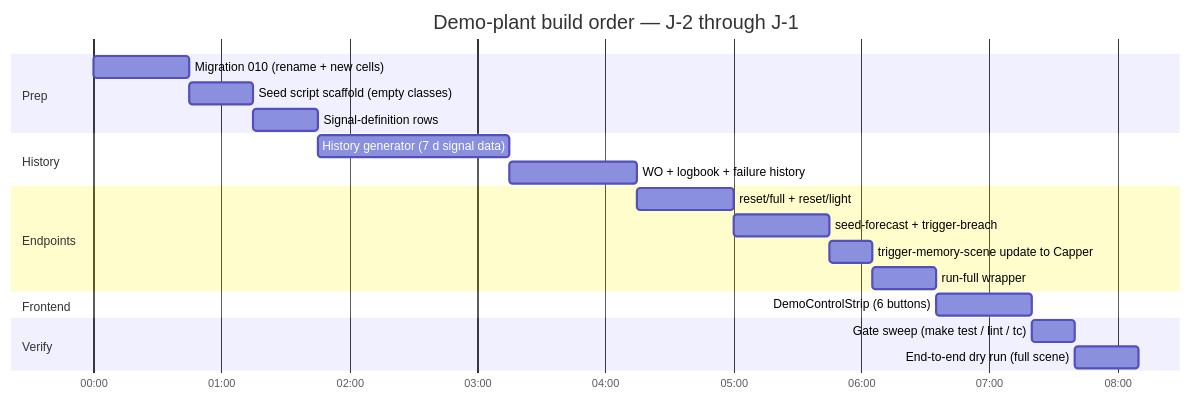
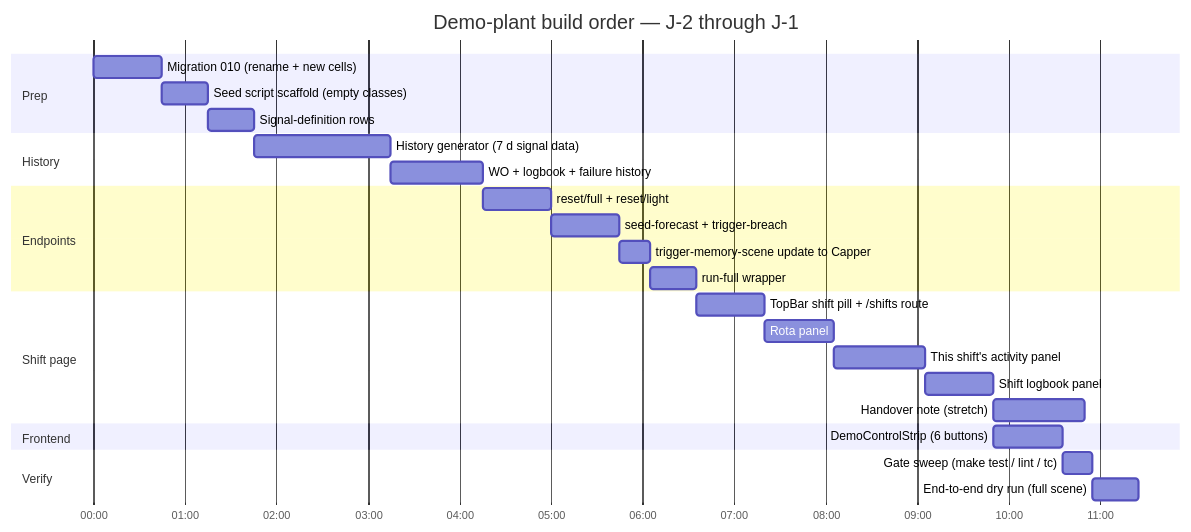
Before and after one commit to zestones/Aria: the third of 3 diagrams in docs/planning/M9-polish-e2e/demo-plant-design.md, drawn with Mermaid. The commit also changed other lines of this file, not shown here.

Commit message:
feat: add Shift page for improved operator context and logbook visibility

````diff
--- a/docs/planning/M9-polish-e2e/demo-plant-design.md
+++ b/docs/planning/M9-polish-e2e/demo-plant-design.md
@@ -320,23 +398,29 @@
 ```mermaid
 gantt
     title Demo-plant build order — J-2 through J-1
     dateFormat  HH:mm
     axisFormat %H:%M
     section Prep
     Migration 010 (rename + new cells)     :m1, 00:00, 45m
     Seed script scaffold (empty classes)   :m2, after m1, 30m
     Signal-definition rows                 :m3, after m2, 30m
     section History
     History generator (7 d signal data)    :h1, after m3, 90m
     WO + logbook + failure history         :h2, after h1, 60m
     section Endpoints
     reset/full + reset/light               :e1, after h2, 45m
     seed-forecast + trigger-breach         :e2, after e1, 45m
     trigger-memory-scene update to Capper  :e3, after e2, 20m
     run-full wrapper                       :e4, after e3, 30m
+    section Shift page
+    TopBar shift pill + /shifts route      :s1, after e4, 45m
+    Rota panel                             :s2, after s1, 45m
+    This shift's activity panel            :s3, after s2, 60m
+    Shift logbook panel                    :s4, after s3, 45m
+    Handover note (stretch)                :s5, after s4, 60m
     section Frontend
-    DemoControlStrip (6 buttons)           :f1, after e4, 45m
+    DemoControlStrip (6 buttons)           :f1, after s4, 45m
     section Verify
     Gate sweep (make test / lint / tc)     :v1, after f1, 20m
     End-to-end dry run (full scene)        :v2, after v1, 30m
 ```
````
